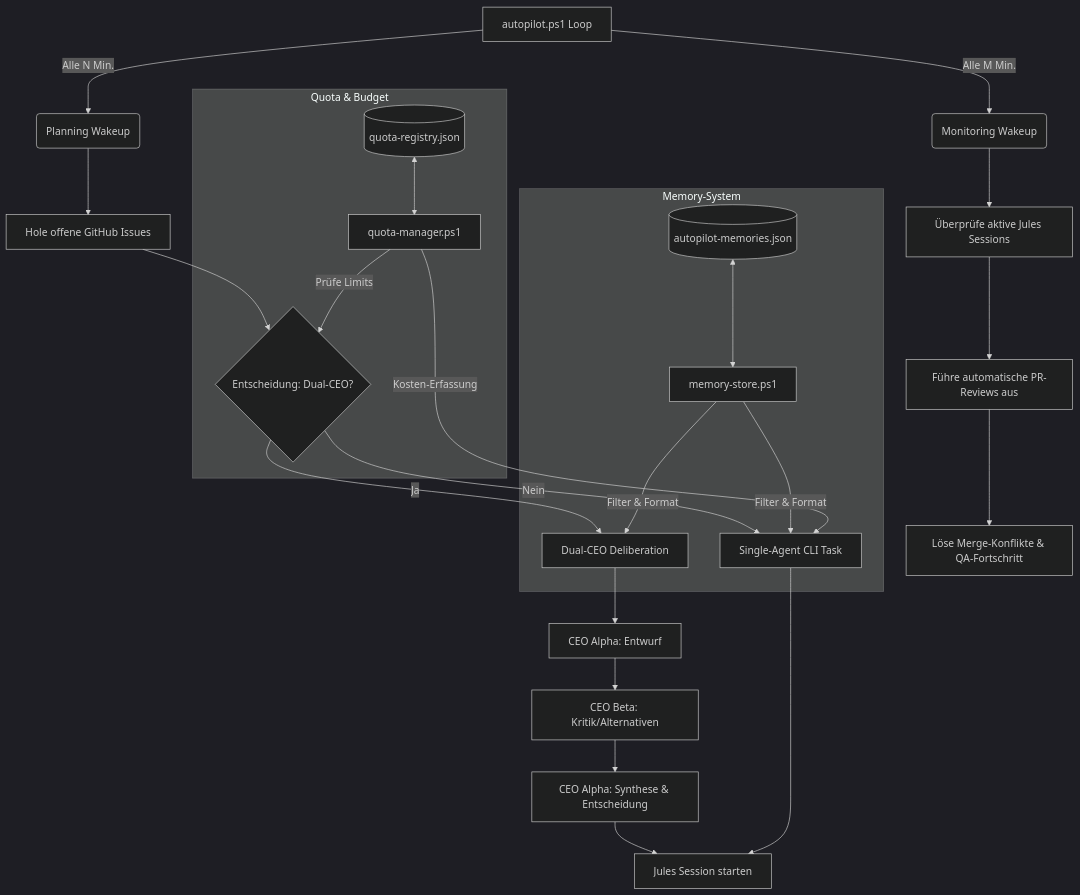
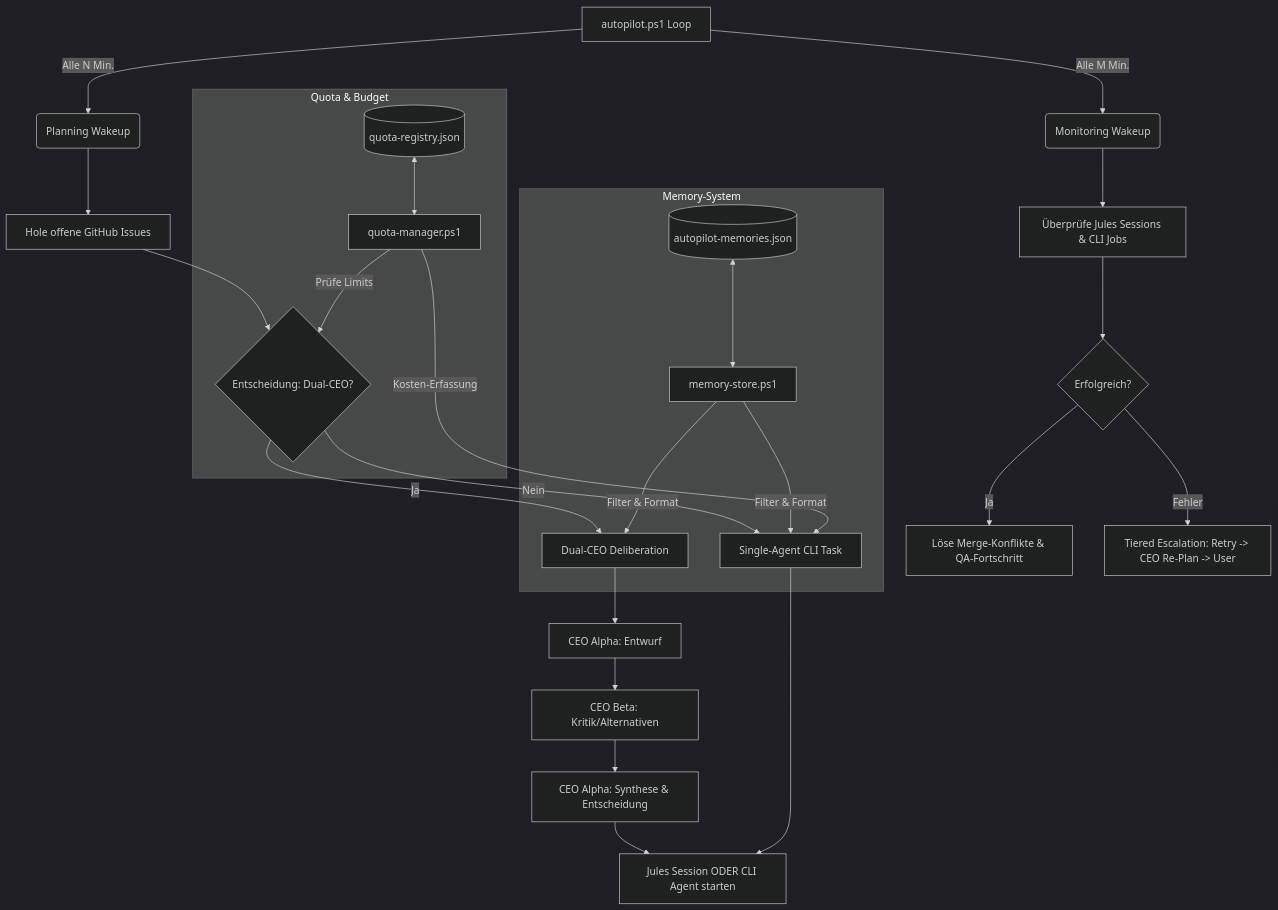
The diagram in scripts/codex-cli/Dokumentation/README.md (Vorce-Studios/Vorce), drawn with Mermaid (dark theme) before and after one commit. The commit also changed other lines of this file and 1 other file, not shown here.

Commit message:
MF-StIs_AutopilotDocs: Update documentation with Fallback and CLI agents

````diff
--- a/scripts/codex-cli/Dokumentation/README.md
+++ b/scripts/codex-cli/Dokumentation/README.md
@@ -11,33 +11,35 @@
 ```mermaid
 graph TD
     A[autopilot.ps1 Loop] -->|Alle N Min.| B(Planning Wakeup)
     A -->|Alle M Min.| C(Monitoring Wakeup)
     
     B --> D[Hole offene GitHub Issues]
     D --> E{Entscheidung: Dual-CEO?}
     
     E -->|Ja| F[Dual-CEO Deliberation]
     E -->|Nein| G[Single-Agent CLI Task]
     
     F --> H[CEO Alpha: Entwurf]
     H --> I[CEO Beta: Kritik/Alternativen]
     I --> J[CEO Alpha: Synthese & Entscheidung]
-    J --> K[Jules Session starten]
+    
+    J --> K[Jules Session ODER CLI Agent starten]
     G --> K
     
-    C --> L[Überprüfe aktive Jules Sessions]
-    L --> M[Führe automatische PR-Reviews aus]
-    M --> N[Löse Merge-Konflikte & QA-Fortschritt]
+    C --> L[Überprüfe Jules Sessions & CLI Jobs]
+    L --> M{Erfolgreich?}
+    M -->|Ja| N[Löse Merge-Konflikte & QA-Fortschritt]
+    M -->|Fehler| Esc[Tiered Escalation: Retry -> CEO Re-Plan -> User]
     
     subgraph Memory-System
         O[(autopilot-memories.json)] <--> P[memory-store.ps1]
         P -->|Filter & Format| F
         P -->|Filter & Format| G
     end
     
     subgraph Quota & Budget
         Q[(quota-registry.json)] <--> R[quota-manager.ps1]
         R -->|Prüfe Limits| E
         R -->|Kosten-Erfassung| G
     end
 ```
````
